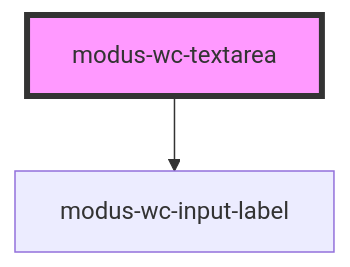
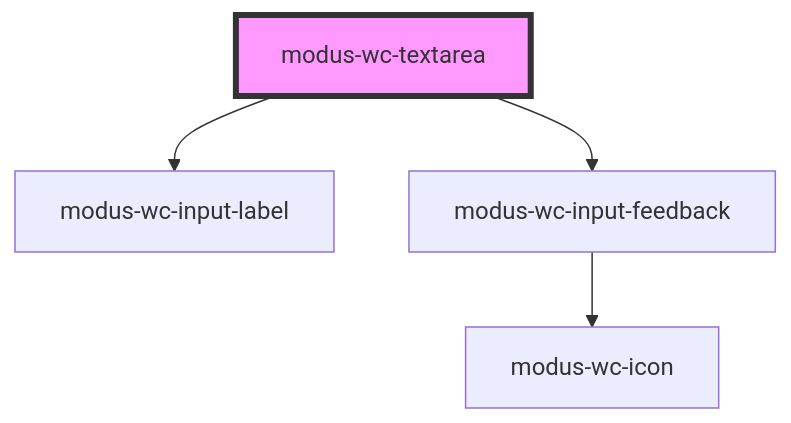
One commit to trimble-oss/modus-wc-2.0 changed the diagram in src/components/modus-wc-textarea/readme.md. Above: the diagram before and after it, drawn with Mermaid. The commit also changed other lines of this file and 43 other files, not shown here.

Commit message:
feat: add input-feedback to input components

````diff
--- a/src/components/modus-wc-textarea/readme.md
+++ b/src/components/modus-wc-textarea/readme.md
@@ -52,5 +54,7 @@
 ```mermaid
 graph TD;
   modus-wc-textarea --> modus-wc-input-label
+  modus-wc-textarea --> modus-wc-input-feedback
+  modus-wc-input-feedback --> modus-wc-icon
   style modus-wc-textarea fill:#f9f,stroke:#333,stroke-width:4px
 ```
````
